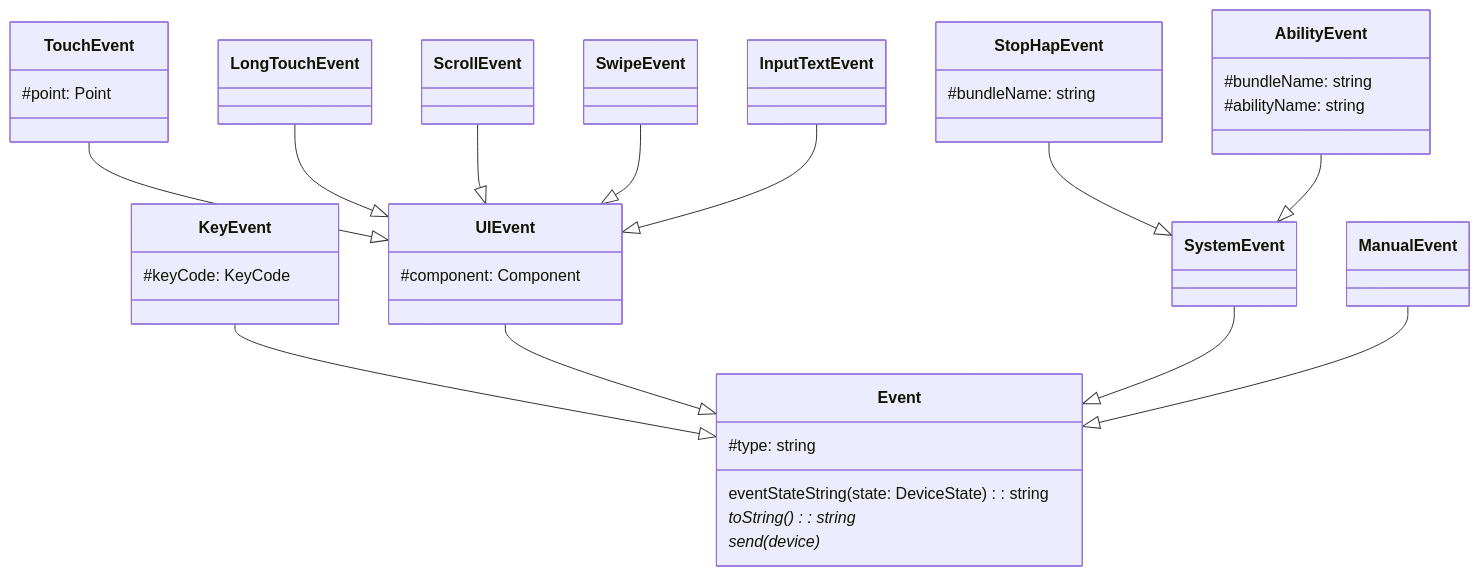
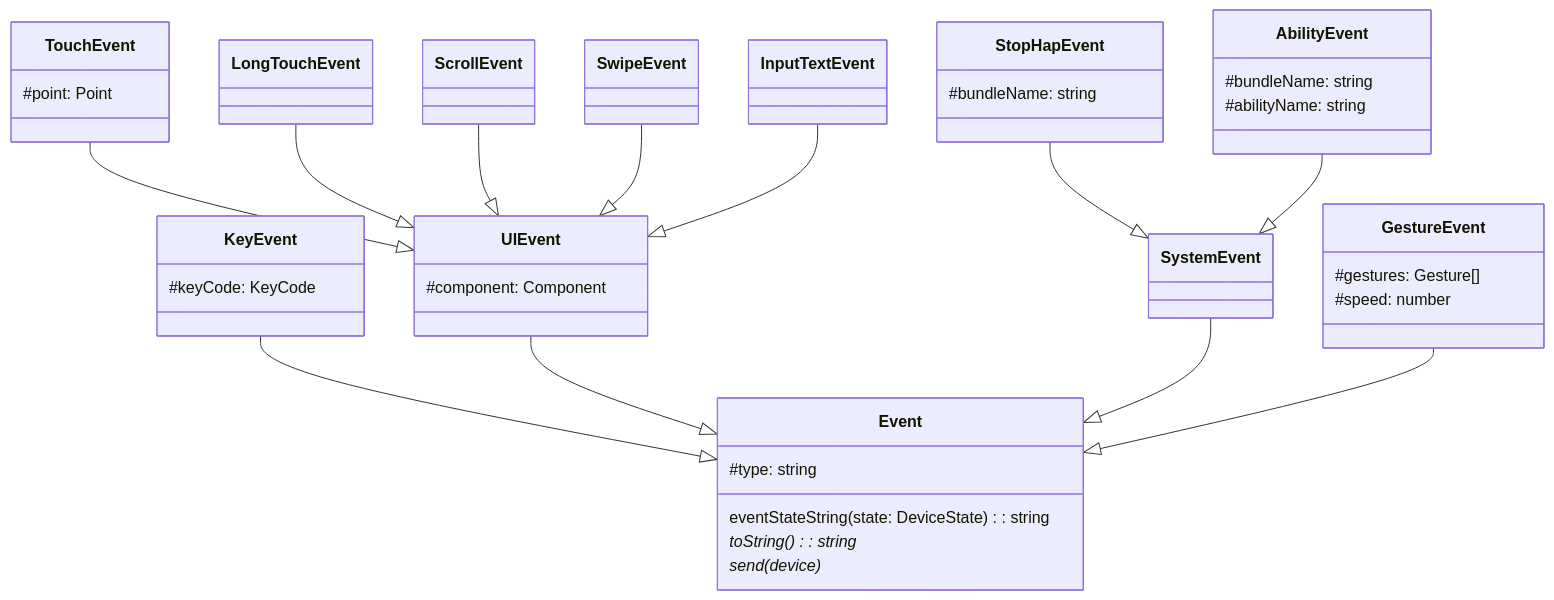
The diagram in doc/event_classes.md (SMAT-Lab/HapTest), drawn with Mermaid before and after one commit. The commit also changed 8 other files, not shown here.

````diff
--- a/doc/event_classes.md
+++ b/doc/event_classes.md
@@ -1,48 +1,54 @@
 ```Mermaid
 classDiagram
   class Event {
     #type: string
     eventStateString(state: DeviceState): string
     toString(): string*
     send(device)*
   }
 
   class KeyEvent {
     #keyCode: KeyCode
   }
 
   class UIEvent {
     #component: Component
   }
 
   class TouchEvent {
     #point: Point
   }
 
   class SystemEvent {
   
   }
 
   class AbilityEvent {
     #bundleName: string
     #abilityName: string
   }
 
   class StopHapEvent {
     #bundleName: string
   }
+
+  class GestureEvent {
+    #gestures: Gesture[]
+    #speed: number
+  }
   
   KeyEvent --|> Event
   UIEvent --|> Event
   SystemEvent --|> Event
-  ManualEvent --|> Event
+  GestureEvent --|> Event
 
   StopHapEvent --|> SystemEvent
   AbilityEvent --|> SystemEvent
   
   TouchEvent --|> UIEvent
   LongTouchEvent --|> UIEvent
   ScrollEvent --|> UIEvent
   SwipeEvent --|> UIEvent
   InputTextEvent --|> UIEvent
+  
 ```
````
